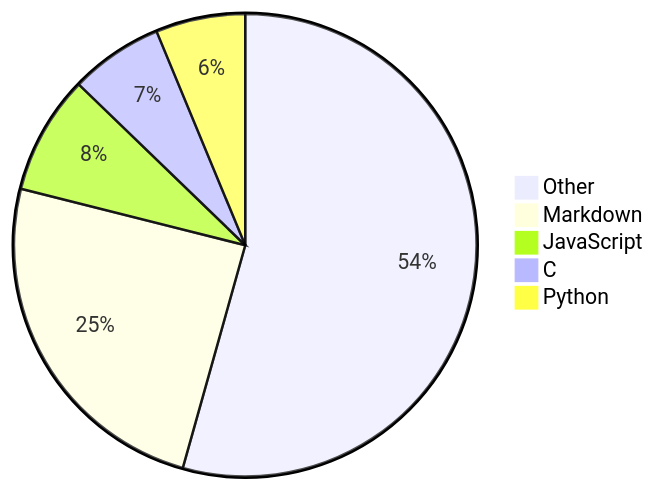
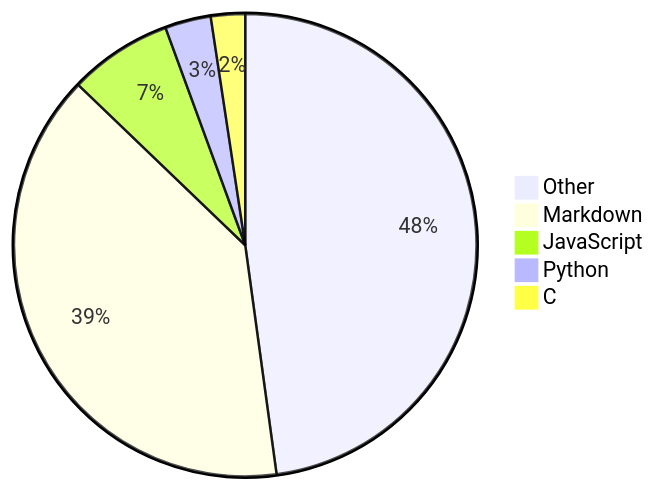
The diagram in README.md (Alicia111/alicia111), drawn with Mermaid before and after one commit.

Commit message:
Update WakaTime stats (・ω・)b

````diff
--- a/README.md
+++ b/README.md
@@ -32,8 +32,8 @@
 ```mermaid
 pie
-    "Other" : 53.52
-    "Markdown" : 24.2
-    "JavaScript" : 8.17
-    "C" : 6.42
-    "Python" : 6.16
+    "Other" : 47.04
+    "Markdown" : 38.69
+    "JavaScript" : 7.11
+    "Python" : 3.15
+    "C" : 2.35
 ```
````
